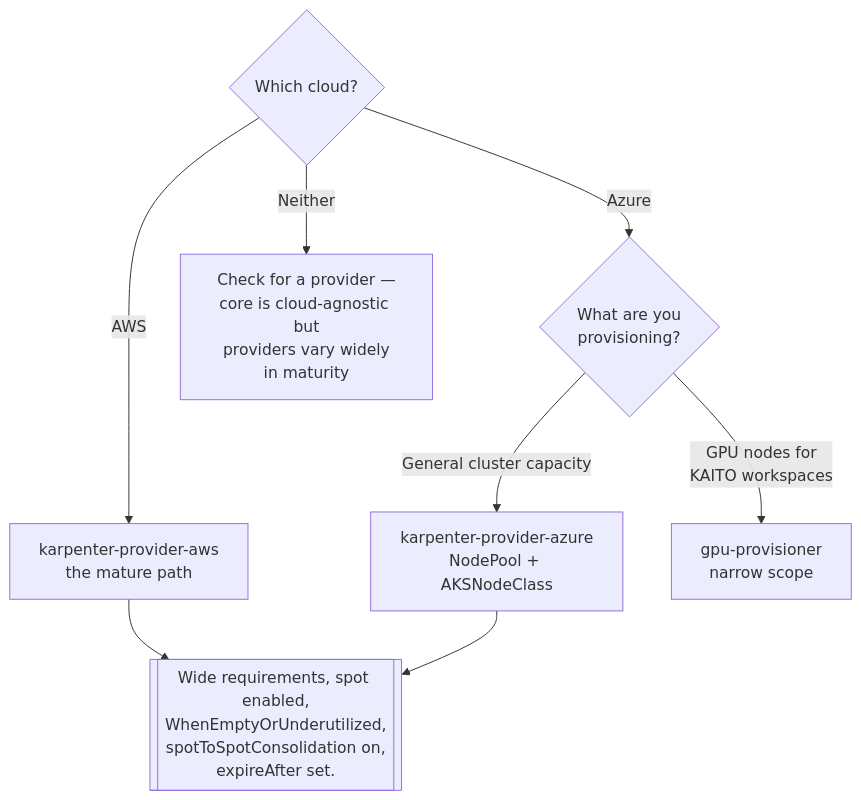
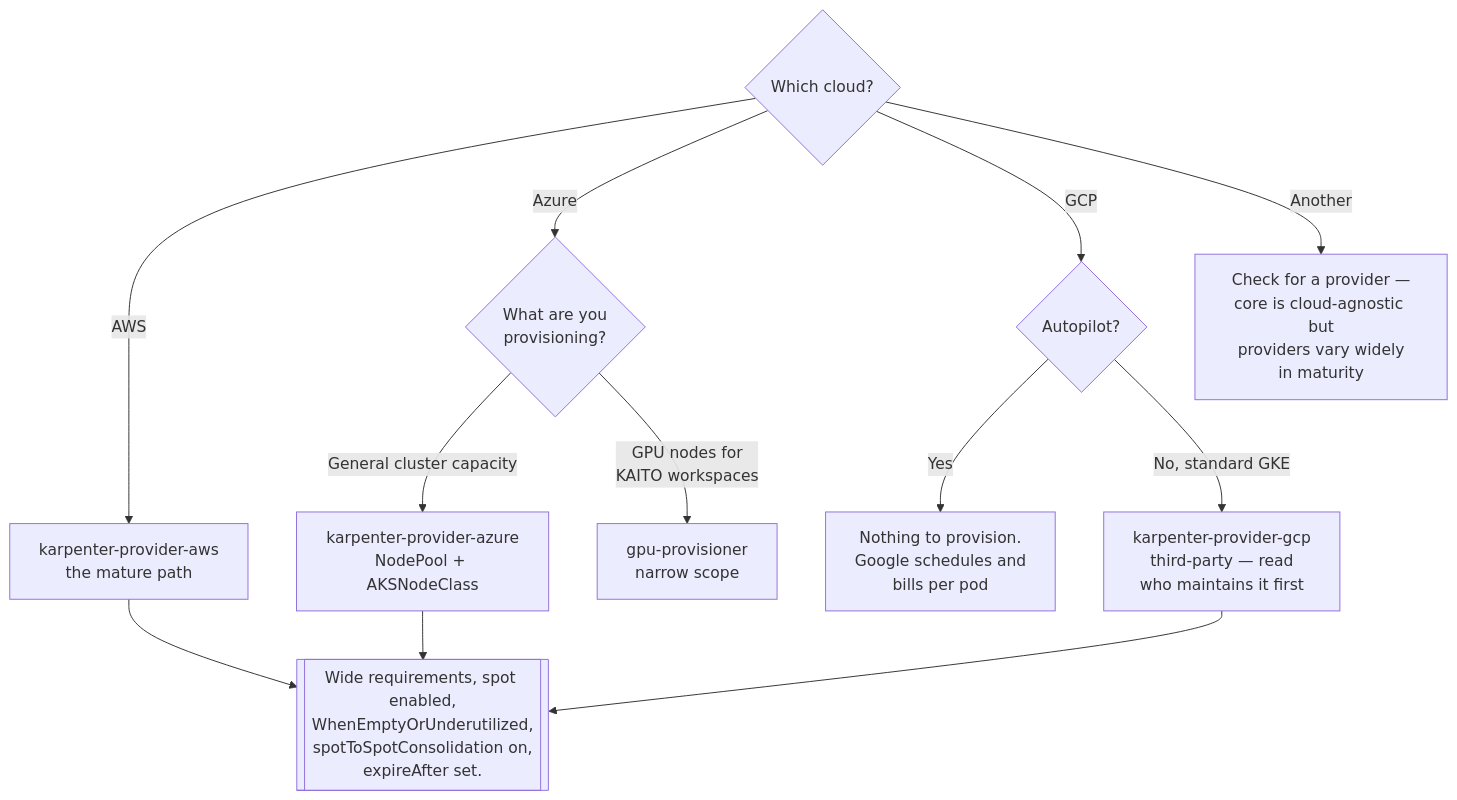
One commit to andreyolv/pikakube changed the diagram in infrastructure/finops/optimization/node/karpenter/README.md. Above: the diagram before and after it, drawn with Mermaid. The commit also changed other lines of this file and 14 other files, not shown here.

````diff
--- a/infrastructure/finops/optimization/node/karpenter/README.md
+++ b/infrastructure/finops/optimization/node/karpenter/README.md
@@ -119,15 +126,20 @@
 ```mermaid
 flowchart TD
     START{Which cloud?}
 
     START -->|AWS| AWS[karpenter-provider-aws<br/>the mature path]
     START -->|Azure| AZ{What are you<br/>provisioning?}
-    START -->|Neither| OTHER[Check for a provider —<br/>core is cloud-agnostic but<br/>providers vary widely<br/>in maturity]
+    START -->|GCP| GCP{Autopilot?}
+    START -->|Another| OTHER[Check for a provider —<br/>core is cloud-agnostic but<br/>providers vary widely<br/>in maturity]
+
+    GCP -->|Yes| NONE[Nothing to provision.<br/>Google schedules and<br/>bills per pod]
+    GCP -->|No, standard GKE| GCPP[karpenter-provider-gcp<br/>third-party — read<br/>who maintains it first]
 
     AZ -->|General cluster capacity| AZP[karpenter-provider-azure<br/>NodePool + AKSNodeClass]
     AZ -->|GPU nodes for<br/>KAITO workspaces| GPU[gpu-provisioner<br/>narrow scope]
 
     AWS --> CFG
     AZP --> CFG
+    GCPP --> CFG
     CFG[[Wide requirements, spot enabled,<br/>WhenEmptyOrUnderutilized,<br/>spotToSpotConsolidation on,<br/>expireAfter set.]]
 ```
````
